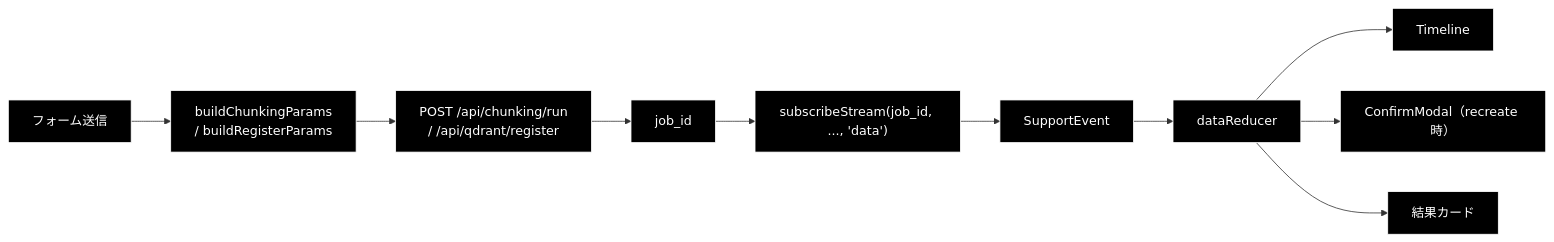
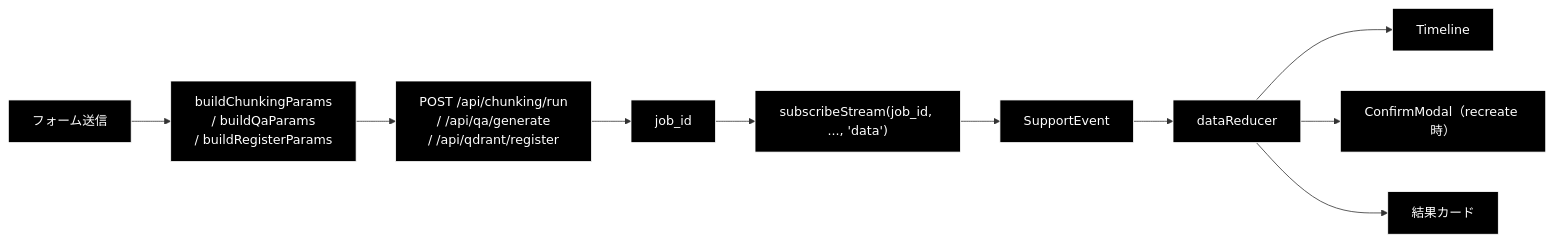
Before and after one commit to nakashima2toshio/grace_v2_local: the third of 4 diagrams in frontend/docs/DataJobPanel.md, drawn with Mermaid. The commit also changed other lines of this file and 22 other files, not shown here.

````diff
--- a/frontend/docs/DataJobPanel.md
+++ b/frontend/docs/DataJobPanel.md
@@ -265,14 +289,14 @@
 ```mermaid
 flowchart LR
-    F["フォーム送信"] --> B["buildChunkingParams<br>/ buildRegisterParams"]
-    B --> P["POST /api/chunking/run<br>/ /api/qdrant/register"]
+    F["フォーム送信"] --> B["buildChunkingParams<br>/ buildQaParams<br>/ buildRegisterParams"]
+    B --> P["POST /api/chunking/run<br>/ /api/qa/generate<br>/ /api/qdrant/register"]
     P --> J["job_id"]
     J --> S["subscribeStream(job_id, ..., 'data')"]
     S --> E["SupportEvent"]
     E --> R["dataReducer"]
     R --> TL["Timeline"]
     R --> CM["ConfirmModal（recreate 時）"]
     R --> RES["結果カード"]
 classDef default fill:#000,stroke:#fff,color:#fff
 class F,B,P,J,S,E,R,TL,CM,RES default
 ```
````
